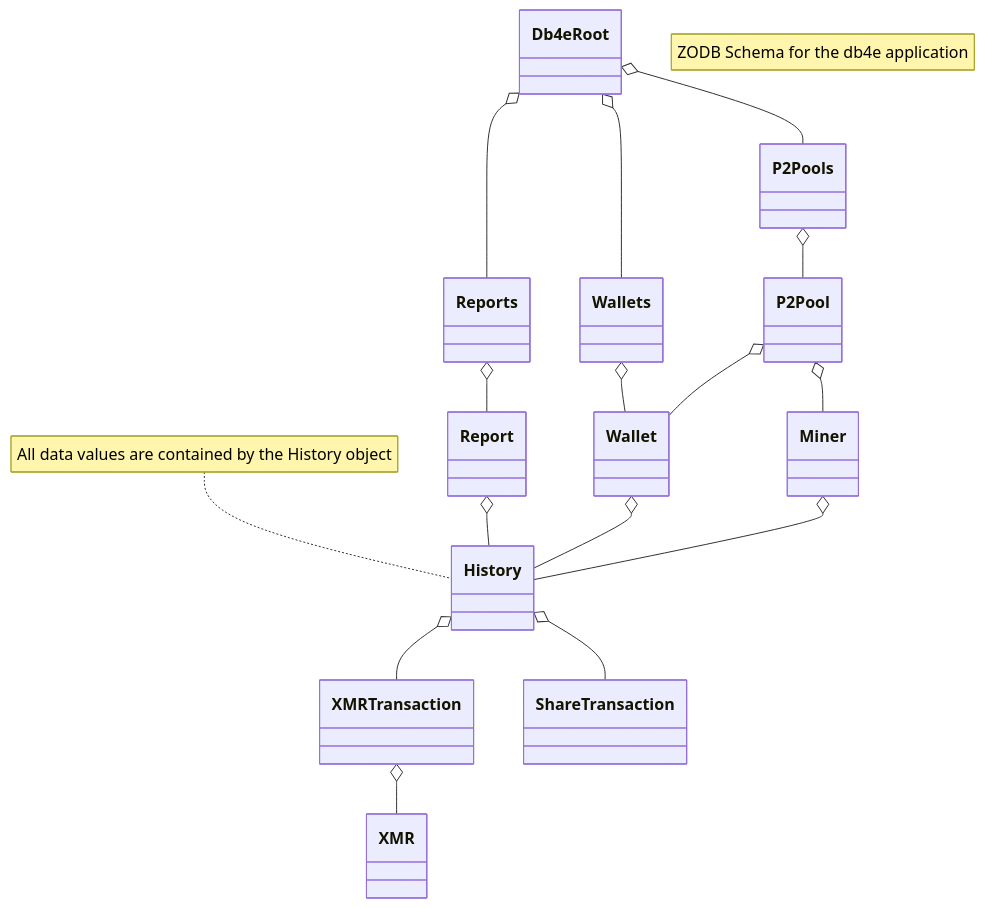
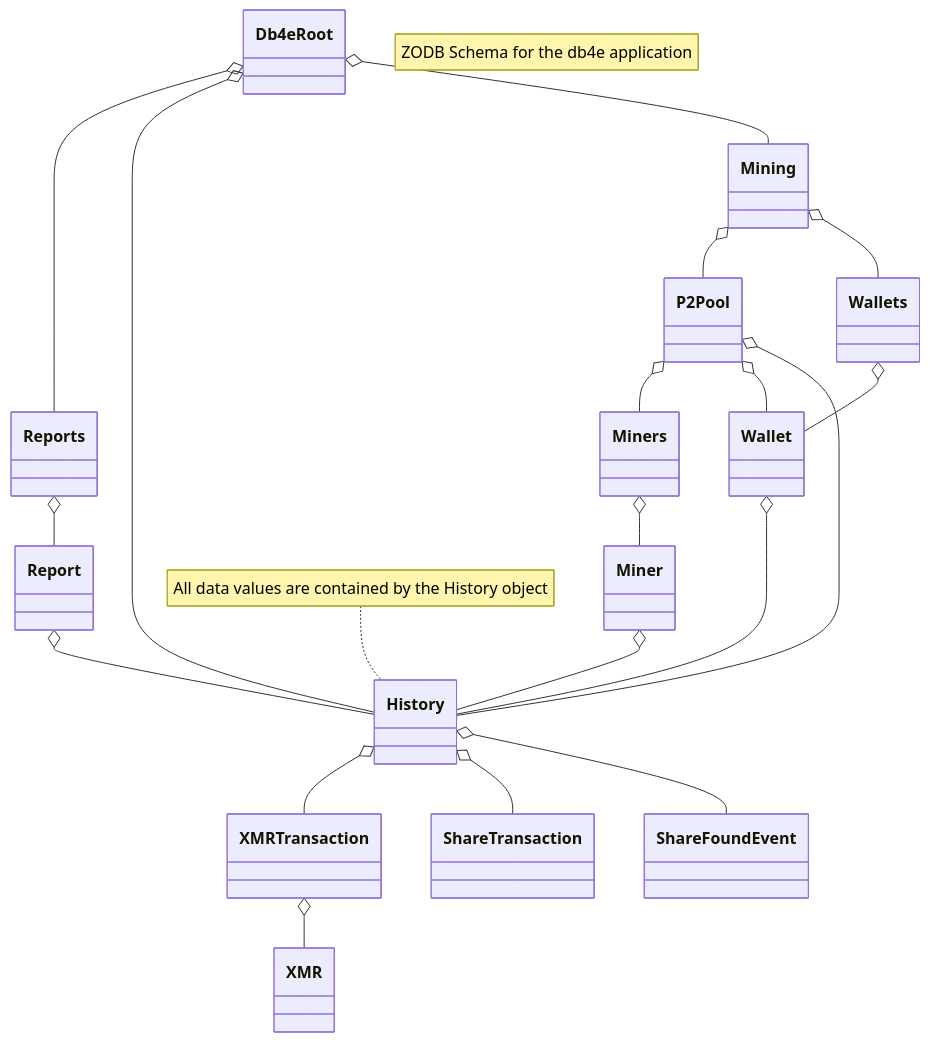
Before and after one commit to NadimGhaznavi/myzodb: the diagram in _posts/2024-06-05-ZODB-Schema.md, drawn with Mermaid. The commit also changed 114 other files, not shown here.

```diff
--- a/_posts/2024-06-05-ZODB-Schema.md
+++ b/_posts/2024-06-05-ZODB-Schema.md
@@ -12,19 +12,30 @@
 <pre class="mermaid">    
   classDiagram
     note "ZODB Schema for the db4e application"
-    Db4eRoot o-- Wallets
+    Db4eRoot o-- Reports
+    Db4eRoot o-- History
+    Db4eRoot o-- Mining
+    
+    Reports o-- Report
+    
+    Mining o-- P2Pool
+    Mining o-- Wallets
+
     Wallets o-- Wallet
-    Db4eRoot o-- P2Pools
-    P2Pools o-- P2Pool
-    Db4eRoot o-- Reports
-    Reports o-- Report
+
+    P2Pool o-- Miners
+    Miners o-- Miner
+    P2Pool o-- Wallet
+    P2Pool o-- History
+        
     Report o-- History
-    P2Pool o-- Miner
-    P2Pool o-- Wallet
     Wallet o-- History
     Miner o-- History
+        
     History o-- XMRTransaction
     History o-- ShareTransaction
+    History o-- ShareFoundEvent
+    
     XMRTransaction o-- XMR
     note for History "All data values are contained by the History object"
 </pre>
```
